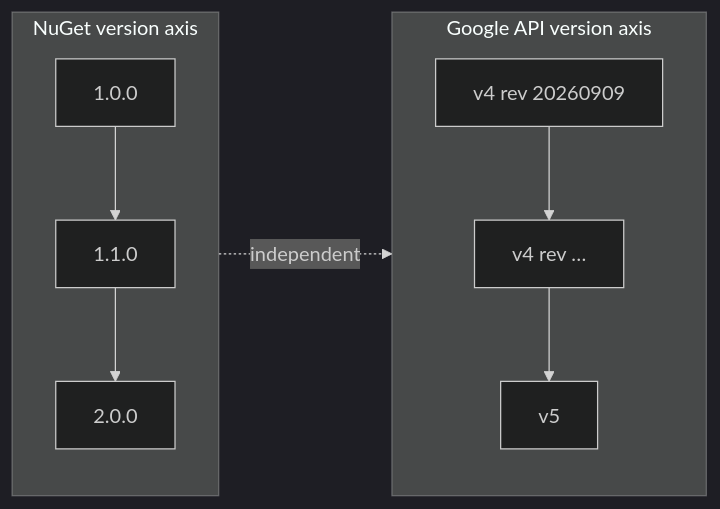
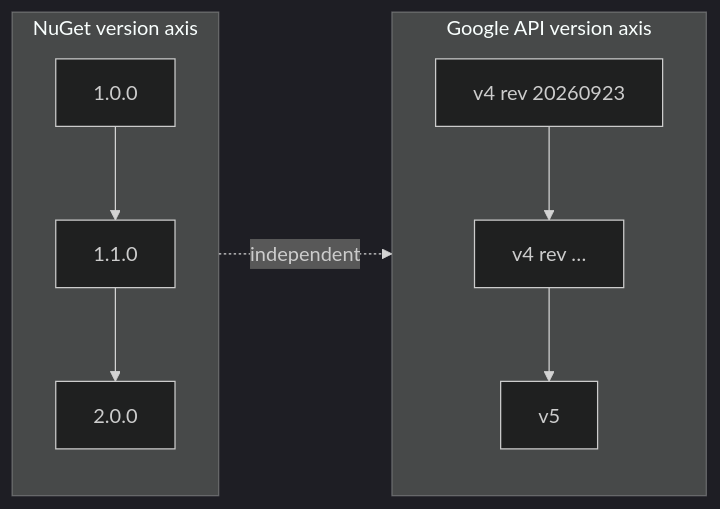
The diagram in docs/compatibility.md (kkdev92/health-data-dotnet), drawn with Mermaid (dark theme) before and after one commit. The commit also changed 251 other files, not shown here.

````diff
--- a/docs/compatibility.md
+++ b/docs/compatibility.md
@@ -6,10 +6,10 @@
 ```mermaid
 flowchart LR
     subgraph NUGET["NuGet version axis"]
         N1["1.0.0"] --> N2["1.1.0"] --> N3["2.0.0"]
     end
     subgraph GOOGLE["Google API version axis"]
-        G1["v4 rev 20260909"] --> G2["v4 rev …"] --> G3["v5"]
+        G1["v4 rev 20260923"] --> G2["v4 rev …"] --> G3["v5"]
     end
     NUGET -.->|"independent"| GOOGLE
 ```
````
